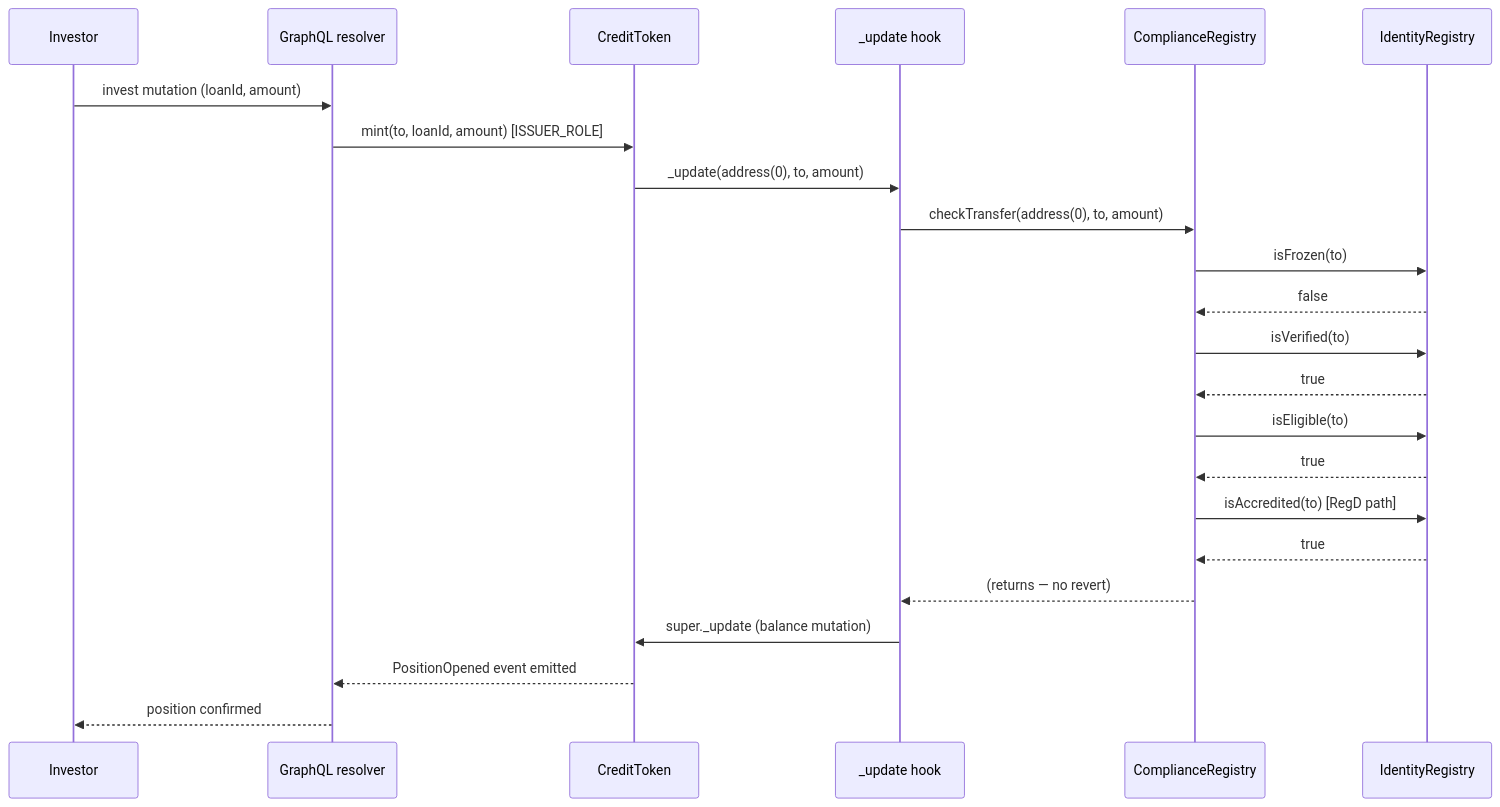
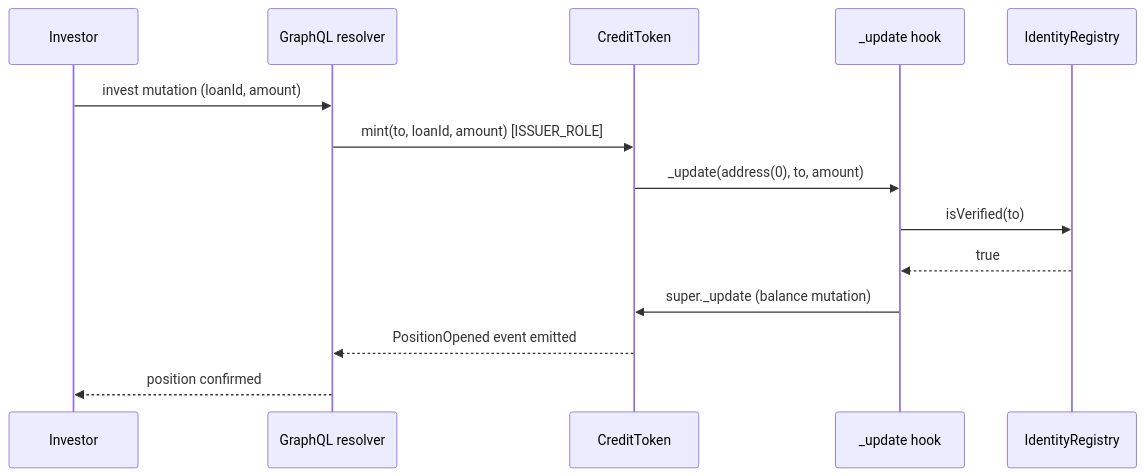
The fourth of 13 diagrams in docs/architecture/DESIGN.md (xbt-a4224j/permissioned-credit-ledger), drawn with Mermaid before and after one commit. The commit also changed other lines of this file and 69 other files, not shown here.

````diff
--- a/docs/architecture/DESIGN.md
+++ b/docs/architecture/DESIGN.md
@@ -211,26 +161,17 @@
 ```mermaid
 sequenceDiagram
     participant Investor
     participant GraphQL as GraphQL resolver
     participant Token as CreditToken
     participant Update as _update hook
-    participant Compliance as ComplianceRegistry
     participant Identity as IdentityRegistry
 
     Investor->>GraphQL: invest mutation (loanId, amount)
     GraphQL->>Token: mint(to, loanId, amount) [ISSUER_ROLE]
     Token->>Update: _update(address(0), to, amount)
-    Update->>Compliance: checkTransfer(address(0), to, amount)
-    Compliance->>Identity: isFrozen(to)
-    Identity-->>Compliance: false
-    Compliance->>Identity: isVerified(to)
-    Identity-->>Compliance: true
-    Compliance->>Identity: isEligible(to)
-    Identity-->>Compliance: true
-    Compliance->>Identity: isAccredited(to) [RegD path]
-    Identity-->>Compliance: true
-    Compliance-->>Update: (returns — no revert)
+    Update->>Identity: isVerified(to)
+    Identity-->>Update: true
     Update->>Token: super._update (balance mutation)
     Token-->>GraphQL: PositionOpened event emitted
     GraphQL-->>Investor: position confirmed
 ```
````
